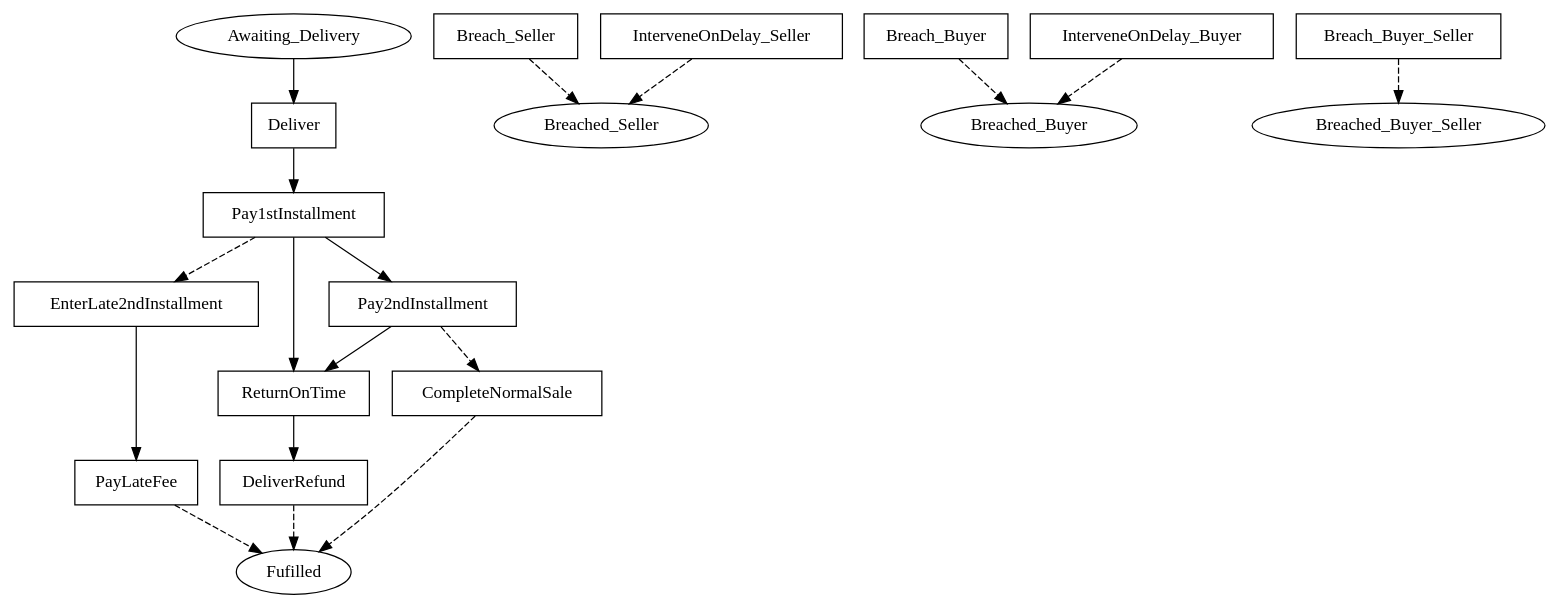
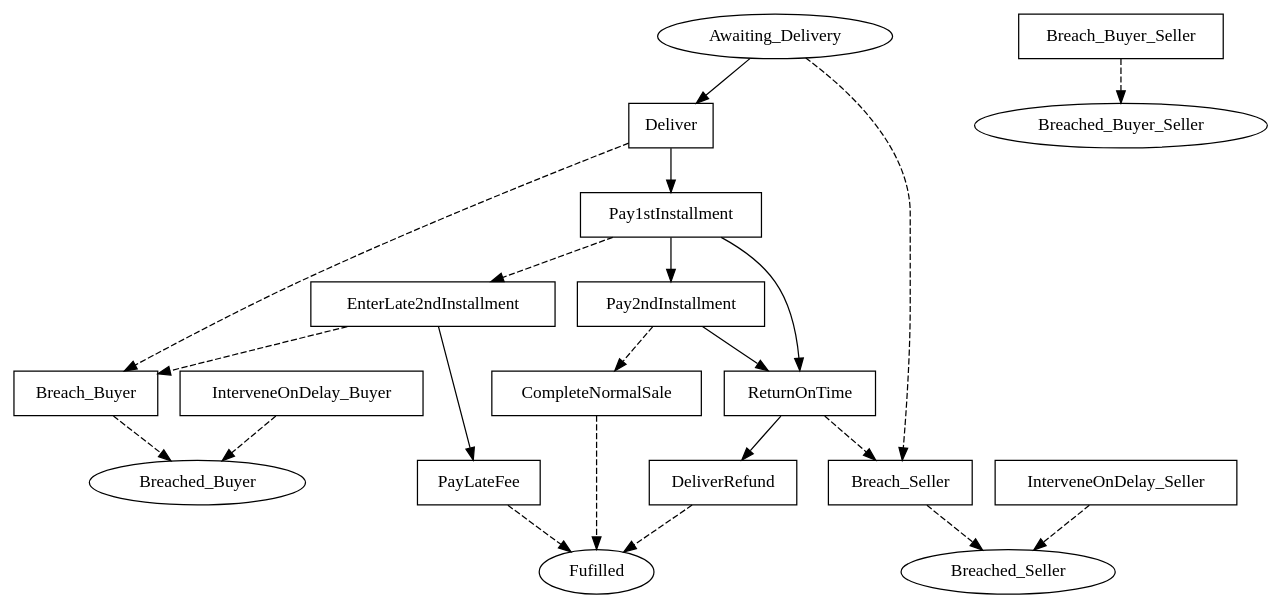
The diagram in linear_state_machine_language/pyL4/examples/out_graphviz/from_academic_lit/hvitved_printer.dot (Marcao02/complaw-deeptech), drawn with Graphviz before and after one commit. The commit also changed 39 other files, not shown here.

```diff
--- a/linear_state_machine_language/pyL4/examples/out_graphviz/from_academic_lit/hvitved_printer.dot
+++ b/linear_state_machine_language/pyL4/examples/out_graphviz/from_academic_lit/hvitved_printer.dot
@@ -1,48 +1,52 @@
 // THIS IS A GENERATED FILE. DO NOT EDIT.
 
 digraph Two_part_sale_Hvitved_Laser_Printer {    
     Fulfilled[label=Fufilled];
     Awaiting_Delivery[label=Awaiting_Delivery];
 	Breached_Seller[label=Breached_Seller];
 	Breached_Buyer[label=Breached_Buyer];
 	Breached_Buyer_Seller[label=Breached_Buyer_Seller]
     
      
     Deliver[label=Deliver,shape=box];
 	Pay1stInstallment[label=Pay1stInstallment,shape=box];
 	EnterLate2ndInstallment[label=EnterLate2ndInstallment,shape=box];
 	Pay2ndInstallment[label=Pay2ndInstallment,shape=box];
 	ReturnOnTime[label=ReturnOnTime,shape=box];
 	PayLateFee[label=PayLateFee,shape=box];
 	CompleteNormalSale[label=CompleteNormalSale,shape=box];
 	DeliverRefund[label=DeliverRefund,shape=box];
 	Breach_Seller[label=Breach_Seller,shape=box];
 	Breach_Buyer[label=Breach_Buyer,shape=box];
 	Breach_Buyer_Seller[label=Breach_Buyer_Seller,shape=box];
 	InterveneOnDelay_Buyer[label=InterveneOnDelay_Buyer,shape=box];
 	InterveneOnDelay_Seller[label=InterveneOnDelay_Seller,shape=box]    
     
     
     
     Awaiting_Delivery -> Deliver;
+	Awaiting_Delivery -> Breach_Seller [style=dashed];
 	Deliver -> Pay1stInstallment;
+	Deliver -> Breach_Buyer [style=dashed];
 	Pay1stInstallment -> Pay2ndInstallment;
 	Pay1stInstallment -> ReturnOnTime;
 	Pay1stInstallment -> EnterLate2ndInstallment [style=dashed];
 	EnterLate2ndInstallment -> PayLateFee;
+	EnterLate2ndInstallment -> Breach_Buyer [style=dashed];
 	Pay2ndInstallment -> ReturnOnTime;
 	Pay2ndInstallment -> CompleteNormalSale [style=dashed];
-	ReturnOnTime -> DeliverRefund
+	ReturnOnTime -> DeliverRefund;
+	ReturnOnTime -> Breach_Seller [style=dashed]
     
     PayLateFee -> Fulfilled [style=dashed];
 	CompleteNormalSale -> Fulfilled [style=dashed];
 	DeliverRefund -> Fulfilled [style=dashed];
 	Breach_Seller -> Breached_Seller [style=dashed];
 	Breach_Buyer -> Breached_Buyer [style=dashed];
 	Breach_Buyer_Seller -> Breached_Buyer_Seller [style=dashed];
 	InterveneOnDelay_Buyer -> Breached_Buyer [style=dashed];
 	InterveneOnDelay_Seller -> Breached_Seller [style=dashed];
 	     
     
        
 }
```
